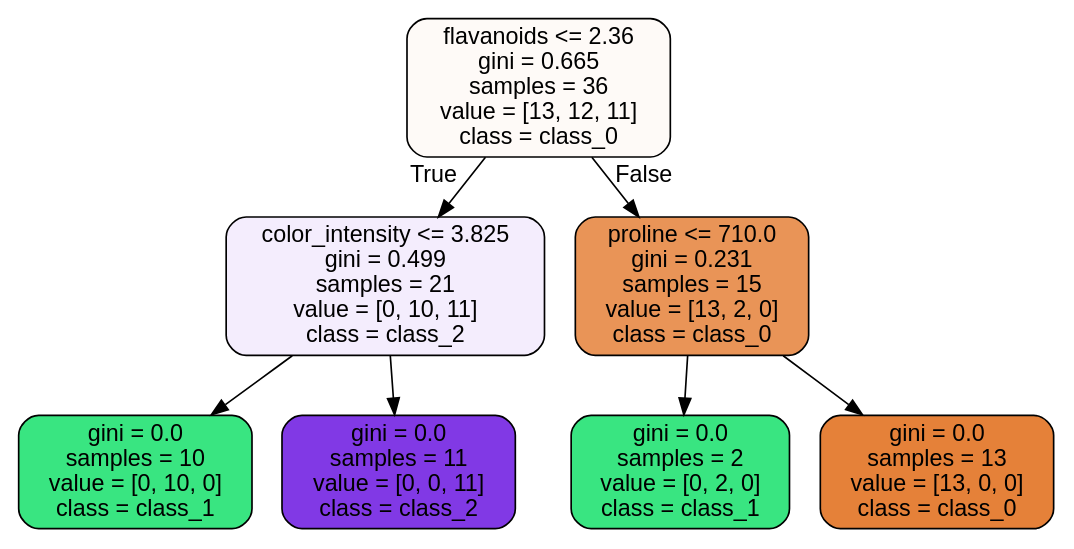
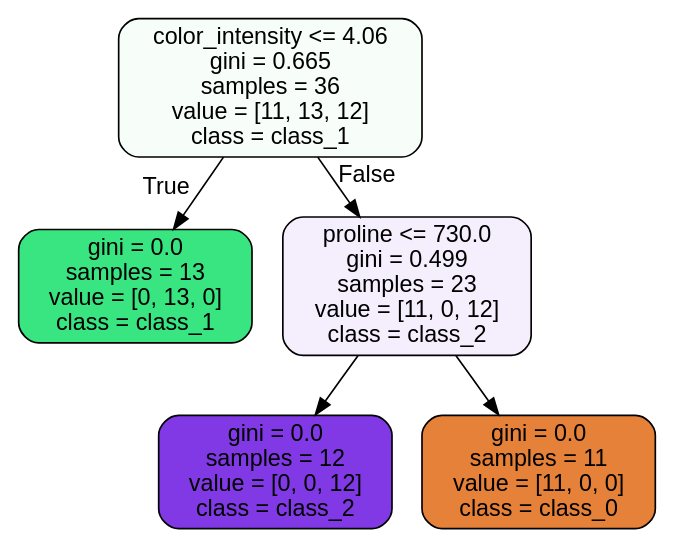
Before and after one commit to JoseDeJesusMendozaBecerril/Practica4_MineriaDeDatos: the diagram in images/decision_trees/wine_tree_test.dot, drawn with Graphviz. The commit also changed 10 other files, not shown here.

```diff
--- a/images/decision_trees/wine_tree_test.dot
+++ b/images/decision_trees/wine_tree_test.dot
@@ -1,17 +1,13 @@
 digraph Tree {
 node [shape=box, style="filled, rounded", color="black", fontname=helvetica] ;
 edge [fontname=helvetica] ;
-0 [label="flavanoids <= 2.36\ngini = 0.665\nsamples = 36\nvalue = [13, 12, 11]\nclass = class_0", fillcolor="#fefaf7"] ;
-1 [label="color_intensity <= 3.825\ngini = 0.499\nsamples = 21\nvalue = [0, 10, 11]\nclass = class_2", fillcolor="#f4edfd"] ;
+0 [label="color_intensity <= 4.06\ngini = 0.665\nsamples = 36\nvalue = [11, 13, 12]\nclass = class_1", fillcolor="#f7fefa"] ;
+1 [label="gini = 0.0\nsamples = 13\nvalue = [0, 13, 0]\nclass = class_1", fillcolor="#39e581"] ;
 0 -> 1 [labeldistance=2.5, labelangle=45, headlabel="True"] ;
-2 [label="gini = 0.0\nsamples = 10\nvalue = [0, 10, 0]\nclass = class_1", fillcolor="#39e581"] ;
-1 -> 2 ;
-3 [label="gini = 0.0\nsamples = 11\nvalue = [0, 0, 11]\nclass = class_2", fillcolor="#8139e5"] ;
-1 -> 3 ;
-4 [label="proline <= 710.0\ngini = 0.231\nsamples = 15\nvalue = [13, 2, 0]\nclass = class_0", fillcolor="#e99457"] ;
-0 -> 4 [labeldistance=2.5, labelangle=-45, headlabel="False"] ;
-5 [label="gini = 0.0\nsamples = 2\nvalue = [0, 2, 0]\nclass = class_1", fillcolor="#39e581"] ;
-4 -> 5 ;
-6 [label="gini = 0.0\nsamples = 13\nvalue = [13, 0, 0]\nclass = class_0", fillcolor="#e58139"] ;
-4 -> 6 ;
+2 [label="proline <= 730.0\ngini = 0.499\nsamples = 23\nvalue = [11, 0, 12]\nclass = class_2", fillcolor="#f5effd"] ;
+0 -> 2 [labeldistance=2.5, labelangle=-45, headlabel="False"] ;
+3 [label="gini = 0.0\nsamples = 12\nvalue = [0, 0, 12]\nclass = class_2", fillcolor="#8139e5"] ;
+2 -> 3 ;
+4 [label="gini = 0.0\nsamples = 11\nvalue = [11, 0, 0]\nclass = class_0", fillcolor="#e58139"] ;
+2 -> 4 ;
 }
```
